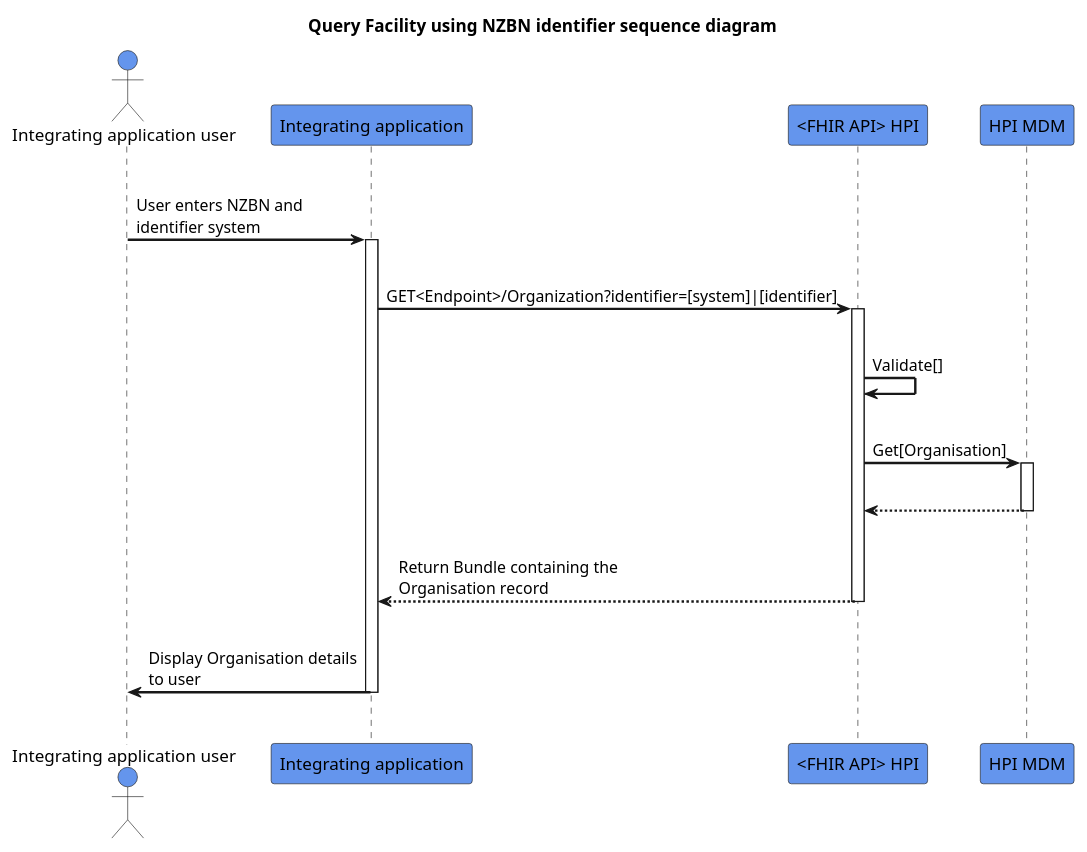
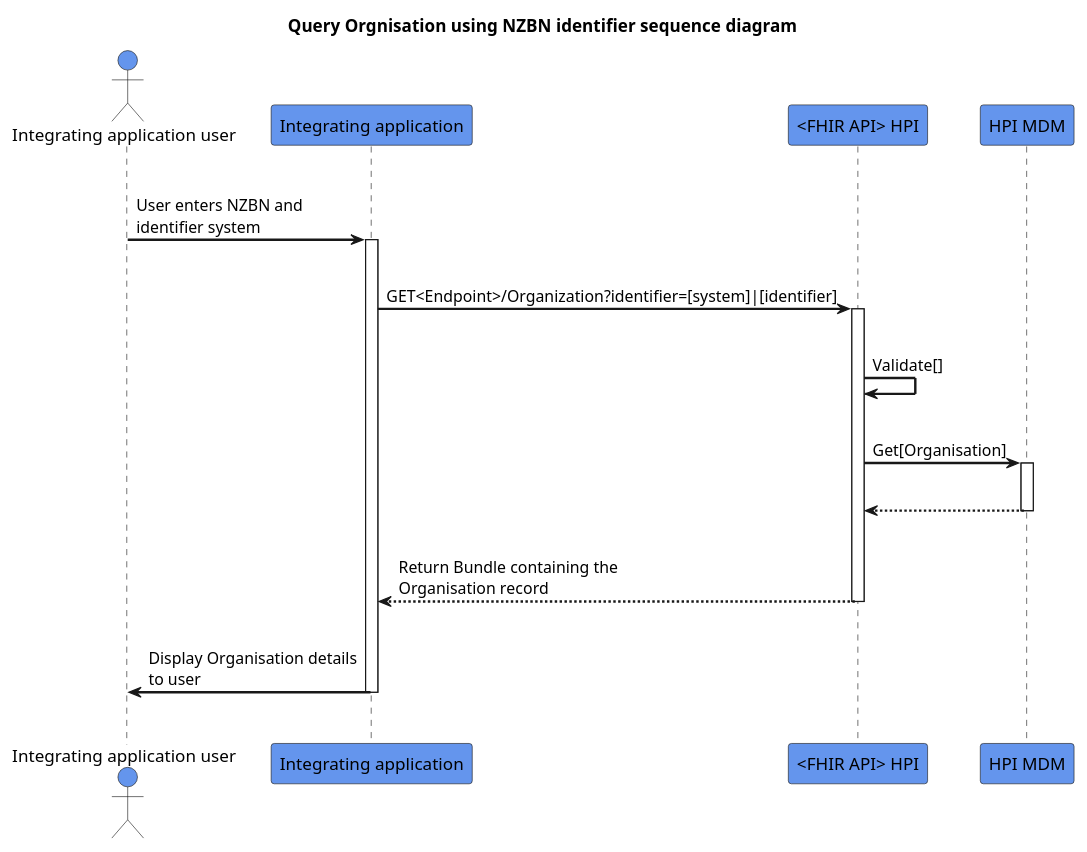
One commit to HL7NZ/hpi changed the diagram in input/images-source/query-organisation.plantuml. Above: the diagram before and after it, drawn with PlantUML.

```diff
--- a/input/images-source/query-organisation.plantuml
+++ b/input/images-source/query-organisation.plantuml
@@ -1,32 +1,32 @@
 @startuml
 skinparam sequenceArrowThickness 2
 skinparam roundcorner 5
 skinparam maxmessagesize 180
 skinparam sequenceParticipant bold
-title Query Facility using NZBN identifier sequence diagram 
+title Query Orgnisation using NZBN identifier sequence diagram 
 actor "Integrating application user" as User #CornflowerBlue
 participant "Integrating application" as A #CornflowerBlue
 participant "<FHIR API> HPI" as B #CornflowerBlue
 participant "HPI MDM" as C #CornflowerBlue
 |||
 User -> A: User enters NZBN and identifier system
 activate A
 |||
 A -> B: GET<Endpoint>/Organization?identifier=[system]|[identifier]
 activate B
 |||
 B -> B: Validate[]
 |||
 B -> C: Get[Organisation]
 activate C
 |||
 C -[dashed]-> B:  
 deactivate C
 |||
 B -[dashed]-> A:Return Bundle containing the Organisation record
 deactivate B
 |||
 A -> User: Display Organisation details to user
 deactivate A
 |||
 @enduml
```
